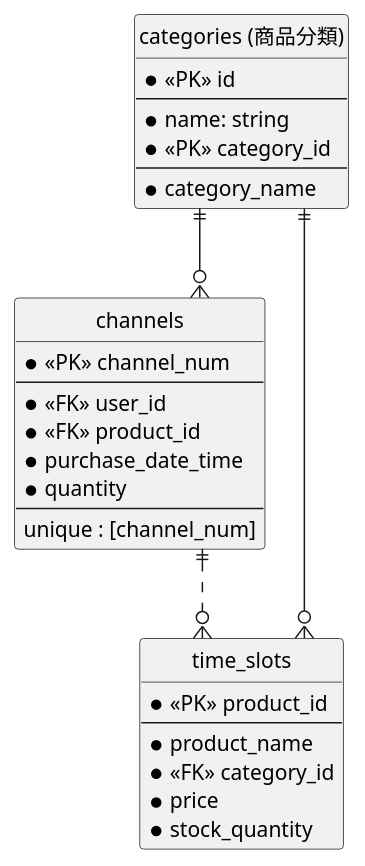
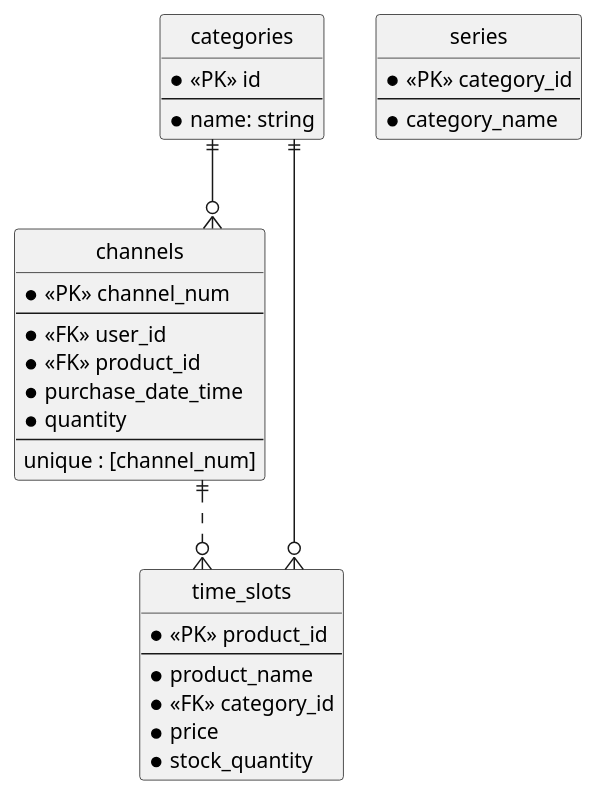
One commit to ryumasann/databese_practice changed the diagram in assignment/internet_TV.pu. Above: the diagram before and after it, drawn with PlantUML.

Commit message:
update ER diagram

```diff
--- a/assignment/internet_TV.pu
+++ b/assignment/internet_TV.pu
@@ -1,41 +1,41 @@
  @startuml test
  hide circle
  skinparam linetype ortho
 
  entity categories {
     ' * 表示修飾子は必須属性を表します。 空白を1文字後ろに入れることで、強調{**}と解釈されることを防ぐと良いでしょう:
      * <<PK>> id
      --
      * name: string
  }
 
  entity channels {
      * <<PK>> channel_num
      --
      * <<FK>> user_id
      * <<FK>> product_id
      * purchase_date_time
      * quantity
      --
      unique : [channel_num]
  }
 
  entity time_slots {
      * <<PK>> product_id
      --
      * product_name
      * <<FK>> category_id
      * price
      * stock_quantity
  }
 
- entity "categories (商品分類)" as categories {
+ entity series {
      * <<PK>> category_id
      --
      * category_name
  }
 
  categories ||--o{ channels
  channels ||..o{ time_slots
  categories ||--o{ time_slots
  @enduml
```
